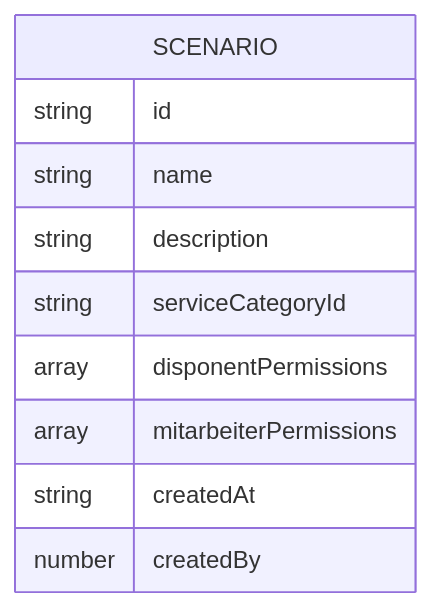
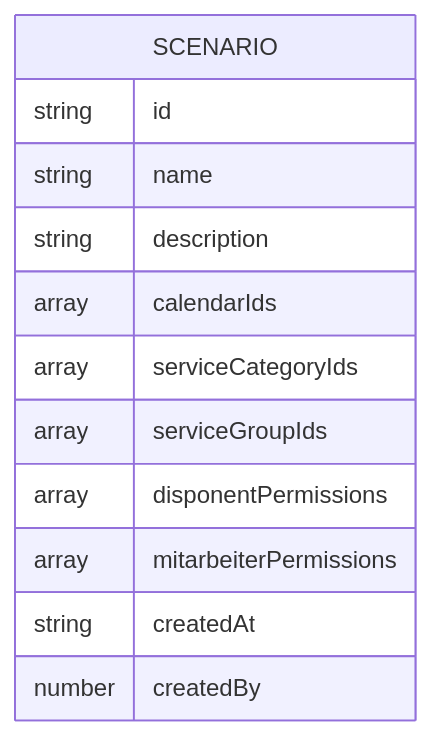
Before and after one commit to bwl21/bwl-dienstplanung: the fourth of 16 diagrams in docs/planning-scenarios.md, drawn with Mermaid. The commit also changed other lines of this file, not shown here.

First line of the commit message:
Add event and service selection criteria to scenarios

````diff
--- a/docs/planning-scenarios.md
+++ b/docs/planning-scenarios.md
@@ -113,13 +120,15 @@
 ```mermaid
 erDiagram
     SCENARIO {
         string id
         string name
         string description
-        string serviceCategoryId
+        array calendarIds
+        array serviceCategoryIds
+        array serviceGroupIds
         array disponentPermissions
         array mitarbeiterPermissions
         string createdAt
         number createdBy
     }
 ```
````
